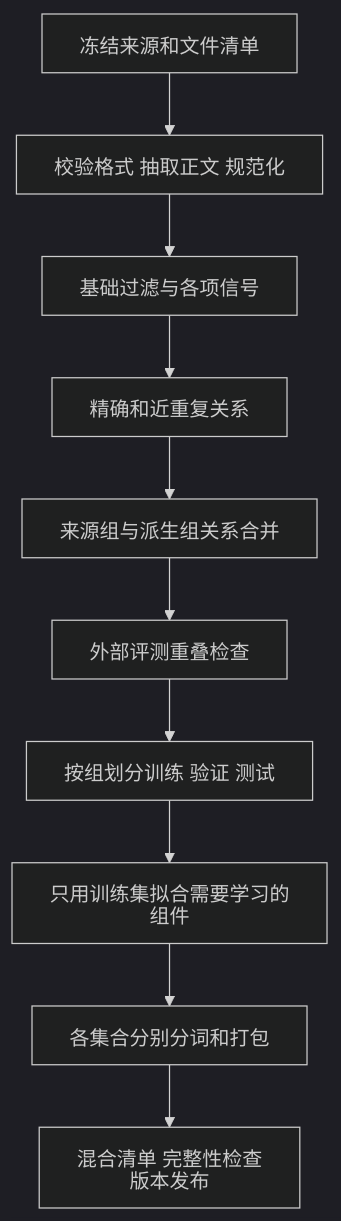
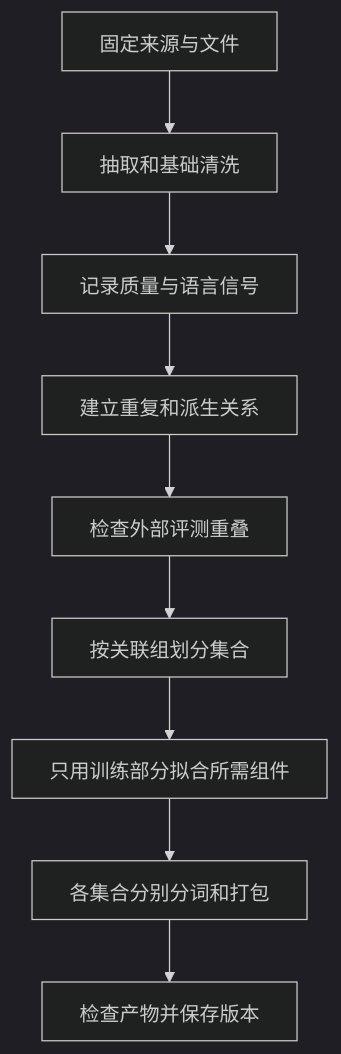
The diagram in src/content/posts/2026-10-15-llm-training-data-06-build.md (meiluosi/meiluosi.github.io), drawn with Mermaid (dark theme) before and after one commit. The commit also changed other lines of this file and 116 other files, not shown here.

Commit message:
docs: update roadmap and LLM training research series notes

````diff
--- a/src/content/posts/2026-10-15-llm-training-data-06-build.md
+++ b/src/content/posts/2026-10-15-llm-training-data-06-build.md
@@ -82,13 +99,12 @@
 ```mermaid
 %%{init: {"htmlLabels": false}}%%
 flowchart TD
-    A[冻结来源和文件清单] --> B[校验格式 抽取正文 规范化]
-    B --> C[基础过滤与各项信号]
-    C --> D[精确和近重复关系]
-    D --> E[来源组与派生组关系合并]
-    E --> F[外部评测重叠检查]
-    F --> G[按组划分训练 验证 测试]
-    G --> H[只用训练集拟合需要学习的组件]
-    H --> I[各集合分别分词和打包]
-    I --> J[混合清单 完整性检查 版本发布]
+    A[固定来源与文件] --> B[抽取和基础清洗]
+    B --> C[记录质量与语言信号]
+    C --> D[建立重复和派生关系]
+    D --> E[检查外部评测重叠]
+    E --> F[按关联组划分集合]
+    F --> G[只用训练部分拟合所需组件]
+    G --> H[各集合分别分词和打包]
+    H --> I[检查产物并保存版本]
 ```
````
